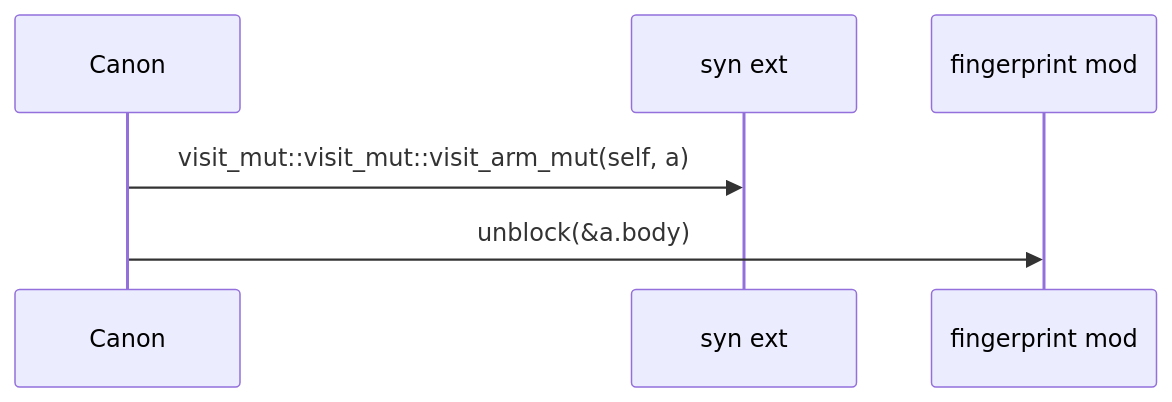
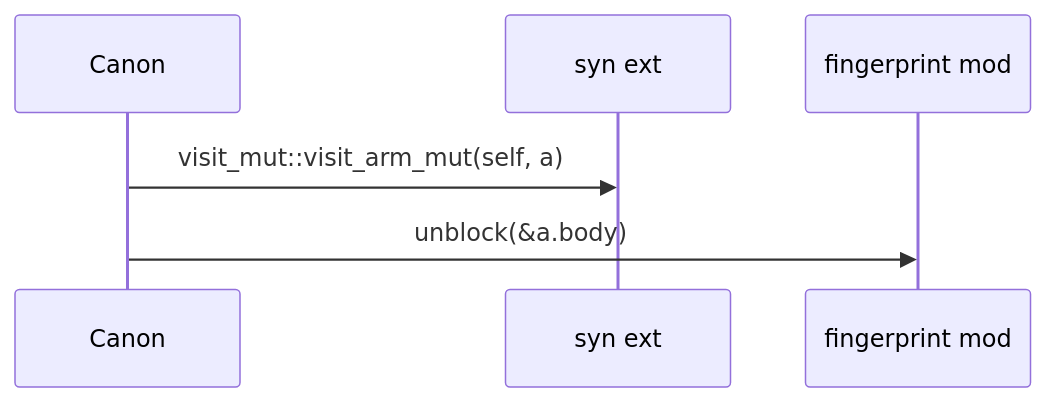
Before and after one commit to DreamLab-AI/codemaid: the fifth of 16 diagrams in docs/sealmap/crates/sealmap-rust/src/fingerprint.rs.md, drawn with Mermaid. The commit also changed other lines of this file and 29 other files, not shown here.

````diff
--- a/docs/sealmap/crates/sealmap-rust/src/fingerprint.rs.md
+++ b/docs/sealmap/crates/sealmap-rust/src/fingerprint.rs.md
@@ -148,8 +148,8 @@
 ```mermaid
 sequenceDiagram
   participant sealmap_rust__fingerprint___tCanon as Canon
   participant _syn as syn ext
   participant sealmap_rust__fingerprint as fingerprint mod
-  sealmap_rust__fingerprint___tCanon->>_syn: visit_mut::visit_mut::visit_arm_mut(self, a)
+  sealmap_rust__fingerprint___tCanon->>_syn: visit_mut::visit_arm_mut(self, a)
   sealmap_rust__fingerprint___tCanon->>sealmap_rust__fingerprint: unblock(&a.body)
 ```
````
